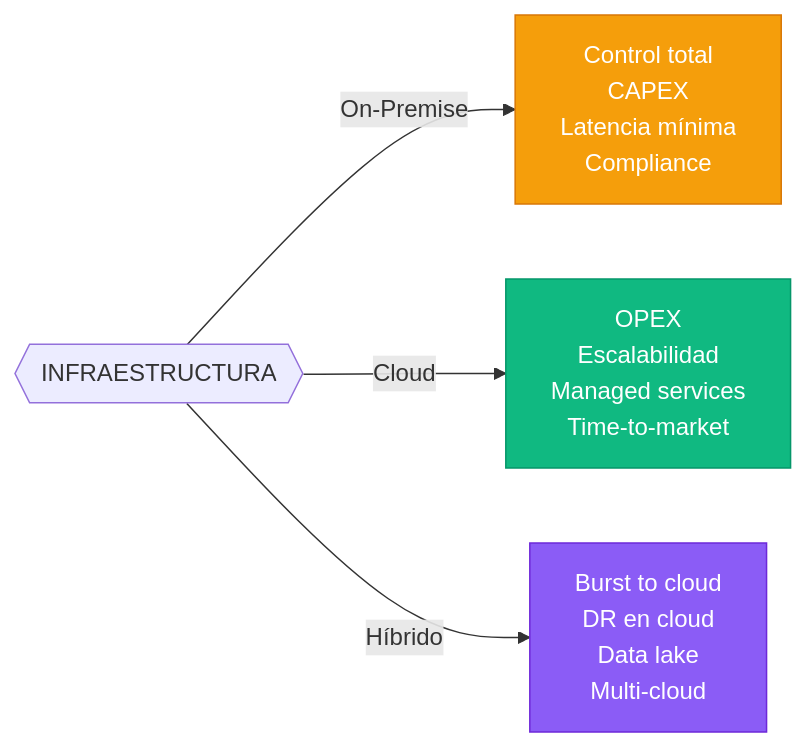
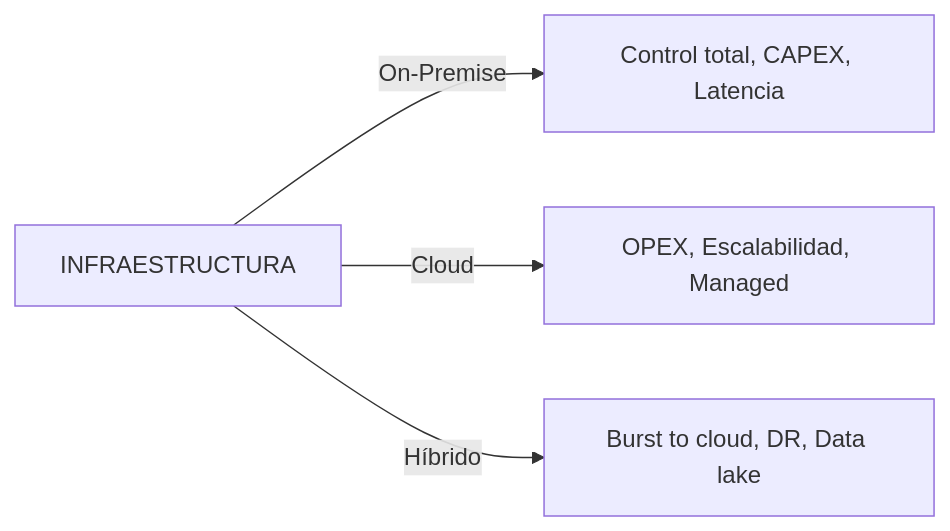
One commit to rraulherediaa/PracticasEstructurasDatos changed the second of 12 diagrams in diagramas.md. Above: the diagram before and after it, drawn with Mermaid. The commit also changed other lines of this file and 1 other file, not shown here.

Commit message:
fix: simplificar diagramas Mermaid al máximo para asegurar compatibilidad total

````diff
--- a/diagramas.md
+++ b/diagramas.md
@@ -42,15 +27,8 @@
 ```mermaid
 flowchart LR
-    Main{{"INFRAESTRUCTURA"}}
+    Main["INFRAESTRUCTURA"]
     
-    Main -->|On-Premise| OP["Control total<br/>CAPEX<br/>Latencia mínima<br/>Compliance"]
-    Main -->|Cloud| CL["OPEX<br/>Escalabilidad<br/>Managed services<br/>Time-to-market"]
-    Main -->|Híbrido| HYB["Burst to cloud<br/>DR en cloud<br/>Data lake<br/>Multi-cloud"]
-
-    classDef hybrid fill:#8b5cf6,color:#fff,stroke:#6d28d9
-    classDef onprem fill:#f59e0b,color:#fff,stroke:#d97706
-    classDef cloud fill:#10b981,color:#fff,stroke:#059669
-    class OP onprem
-    class CL cloud
-    class HYB hybrid
+    Main -->|On-Premise| OP["Control total, CAPEX, Latencia"]
+    Main -->|Cloud| CL["OPEX, Escalabilidad, Managed"]
+    Main -->|Híbrido| HYB["Burst to cloud, DR, Data lake"]
 ```
````
